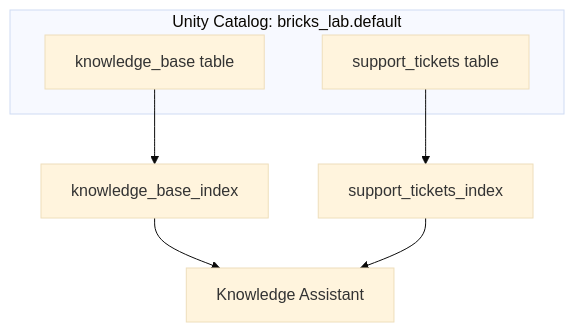
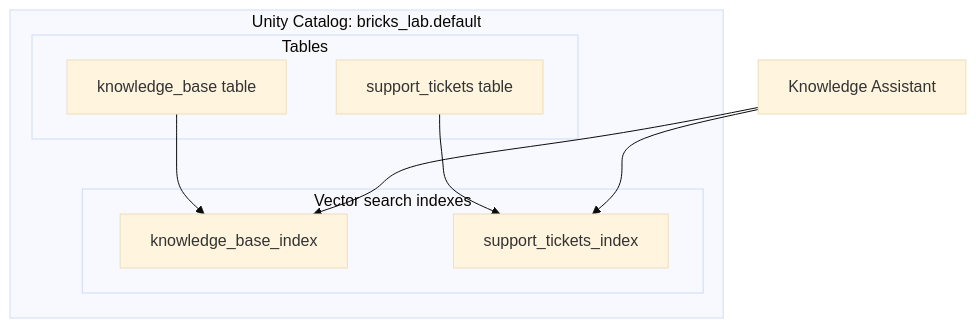
Before and after one commit to dbagentworkshop/dbagentworkshop: the first of 3 diagrams in README.md, drawn with Mermaid (base theme). The commit also changed other lines of this file, not shown here.

Commit message:
refine mermaid graphs

````diff
--- a/README.md
+++ b/README.md
@@ -77,14 +77,18 @@
 ```mermaid
 flowchart TB
+  ka_agent[Knowledge Assistant]
   subgraph uc_ka ["Unity Catalog: bricks_lab.default"]
-    kb_table[knowledge_base table]
-    st_table[support_tickets table]
+    subgraph uc_ka_idx ["Vector search indexes"]
+      kb_index[knowledge_base_index]
+      st_index[support_tickets_index]
+    end
+    subgraph uc_ka_tbl ["Tables"]
+      kb_table[knowledge_base table]
+      st_table[support_tickets table]
+    end
+    kb_table --> kb_index
+    st_table --> st_index
   end
-  kb_index[knowledge_base_index]
-  st_index[support_tickets_index]
-  ka_agent[Knowledge Assistant]
-  kb_table --> kb_index
-  st_table --> st_index
-  kb_index --> ka_agent
-  st_index --> ka_agent
+  ka_agent --> kb_index
+  ka_agent --> st_index
 ```
````
